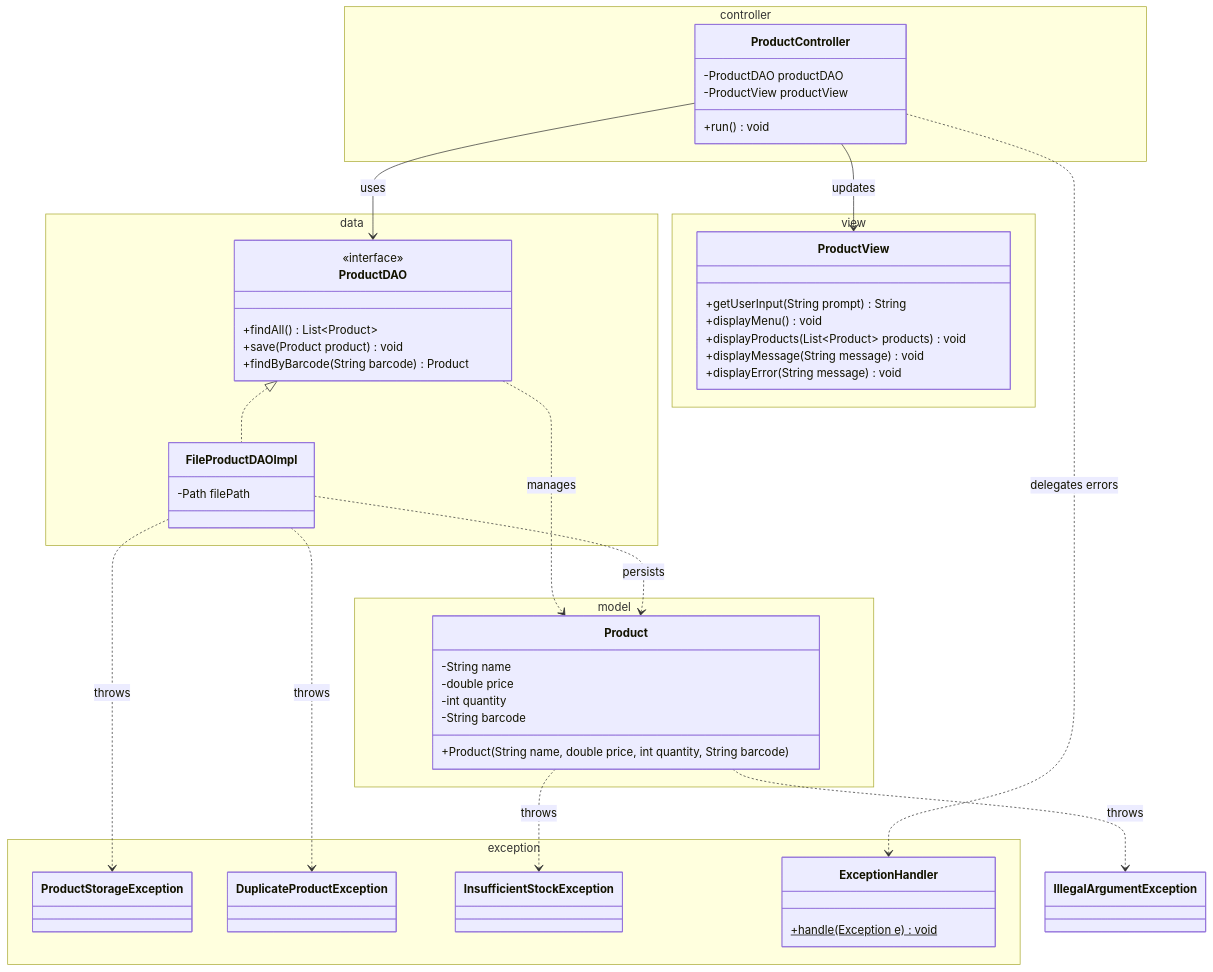
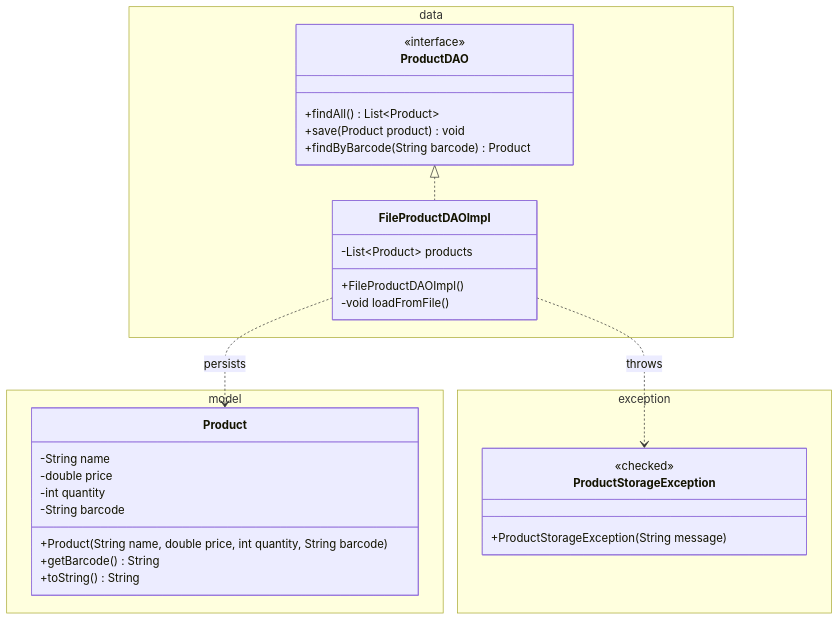
The second of 3 diagrams in Workshop_3_Product_Inventory.md (ihabau/Lexicon_WS_Exception), drawn with Mermaid before and after one commit. The commit also changed other lines of this file and 1 other file, not shown here.

Commit message:
Docs: step 3 worksheet (Product Inventory) - DAO + file DAOImpl, flowcharts, 10 hints

````diff
--- a/Workshop_3_Product_Inventory.md
+++ b/Workshop_3_Product_Inventory.md
@@ -39,64 +73,39 @@
 ```mermaid
 classDiagram
     namespace model {
         class Product {
             -String name
             -double price
             -int quantity
             -String barcode
             +Product(String name, double price, int quantity, String barcode)
+            +getBarcode() String
+            +toString() String
         }
     }
 
     namespace data {
         class ProductDAO {
             <<interface>>
             +findAll() List~Product~
             +save(Product product) void
             +findByBarcode(String barcode) Product
         }
         class FileProductDAOImpl {
-            -Path filePath
-        }
-    }
-
-    namespace view {
-        class ProductView {
-            +getUserInput(String prompt) String
-            +displayMenu() void
-            +displayProducts(List~Product~ products) void
-            +displayMessage(String message) void
-            +displayError(String message) void
-        }
-    }
-
-    namespace controller {
-        class ProductController {
-            -ProductDAO productDAO
-            -ProductView productView
-            +run() void
+            -List~Product~ products
+            +FileProductDAOImpl() 
+            -void loadFromFile()
         }
     }
 
     namespace exception {
-        class ProductStorageException { }
-        class DuplicateProductException { }
-        class InsufficientStockException { }
-        class ExceptionHandler {
-            +handle(Exception e)$ void
+        class ProductStorageException {
+            <<checked>>
+            +ProductStorageException(String message)
         }
     }
 
     ProductDAO <|.. FileProductDAOImpl
-    ProductController --> ProductDAO : uses
-    ProductController --> ProductView : updates
-    ProductController ..> ExceptionHandler : delegates errors
-
-    ProductDAO ..> Product : manages
     FileProductDAOImpl ..> Product : persists
-
-    Product ..> IllegalArgumentException : throws
-    Product ..> InsufficientStockException : throws
     FileProductDAOImpl ..> ProductStorageException : throws
-    FileProductDAOImpl ..> DuplicateProductException : throws
 ```
````
